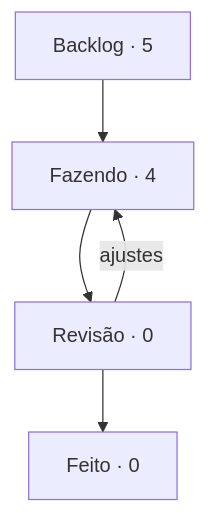
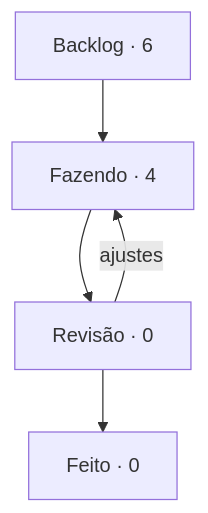
One commit to StudioVibi/VibiKanban changed the diagram in boards/harness/BOARD.md. Above: the diagram before and after it, drawn with Mermaid. The commit also changed other lines of this file and 2 other files, not shown here.

````diff
--- a/boards/harness/BOARD.md
+++ b/boards/harness/BOARD.md
@@ -5,10 +5,10 @@
 ```mermaid
 flowchart TD
-  backlog["Backlog · 5"] --> doing["Fazendo · 4"]
+  backlog["Backlog · 6"] --> doing["Fazendo · 4"]
   doing --> review["Revisão · 0"]
   review --> done["Feito · 0"]
   review -->|ajustes| doing
   doing:::blue
   review:::yellow
   done:::green
 ```
````
